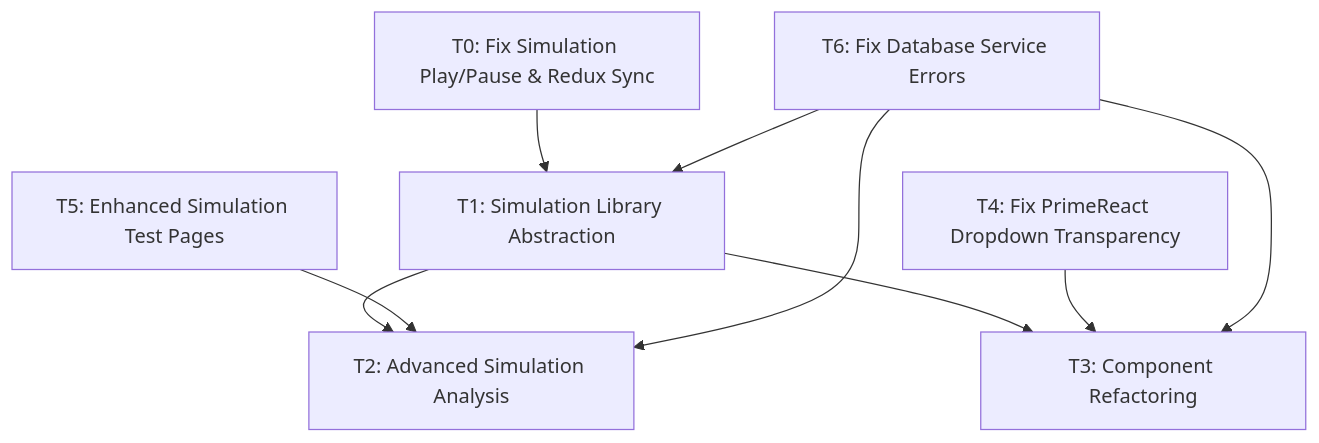
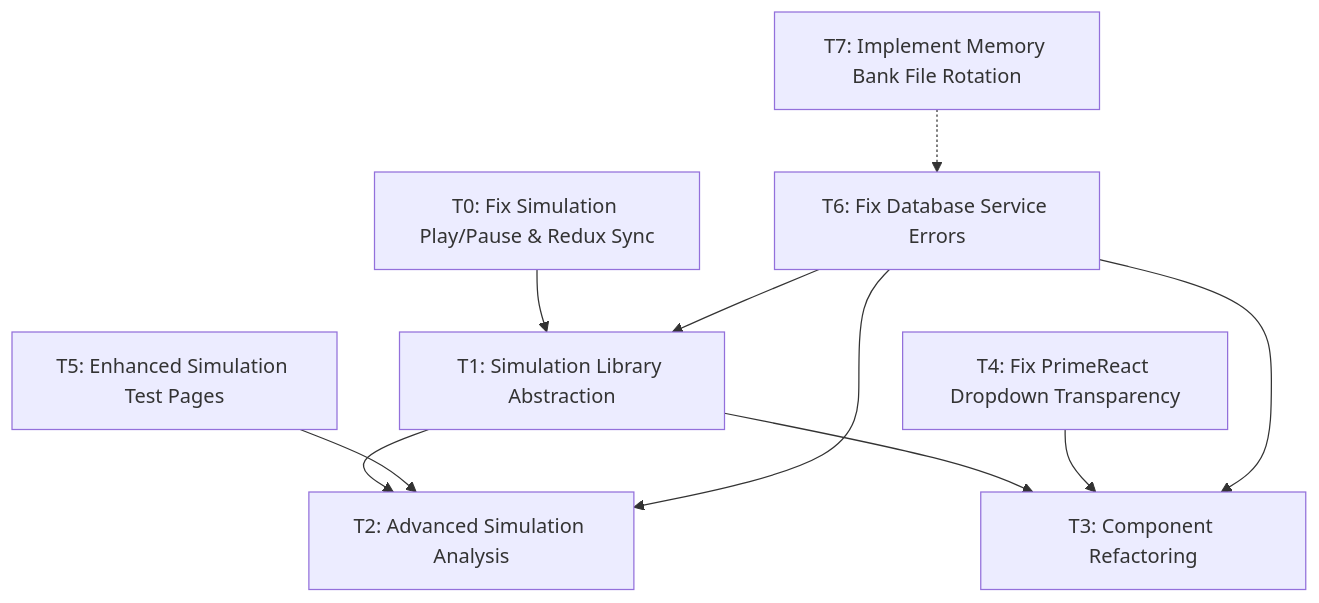
The diagram in memory-bank/tasks.md (space-cadet/spin_network_app), drawn with Mermaid before and after one commit. The commit also changed other lines of this file and 5 other files, not shown here.

Commit message:
Generated log rotation protocol for archiving large memory bank files. Rotated error log using this protocol. Needed to modify edit history by hand because dropped older entries during rotation of this file.

````diff
--- a/memory-bank/tasks.md
+++ b/memory-bank/tasks.md
@@ -166,19 +190,21 @@
 ```mermaid
 graph TD
     T1[T1: Simulation Library Abstraction]
     T2[T2: Advanced Simulation Analysis]
     T3[T3: Component Refactoring]
     T0[T0: Fix Simulation Play/Pause & Redux Sync]
     T4[T4: Fix PrimeReact Dropdown Transparency]
     T5[T5: Enhanced Simulation Test Pages]
     T6[T6: Fix Database Service Errors]
+    T7[T7: Implement Memory Bank File Rotation]
     
     T0 --> T1
     T1 --> T2
     T1 --> T3
     T4 --> T3
     T5 --> T2
     T6 --> T1
     T6 --> T2
     T6 --> T3
+    T7 -.-> T6
 ```
````
